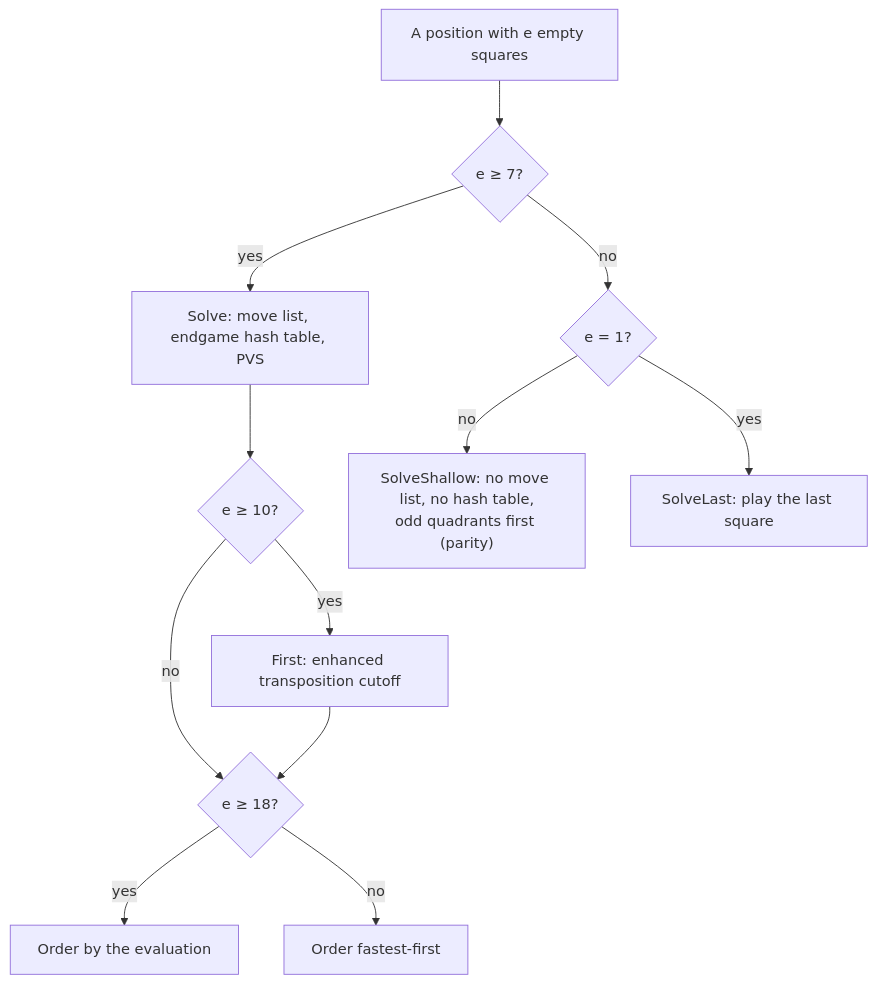
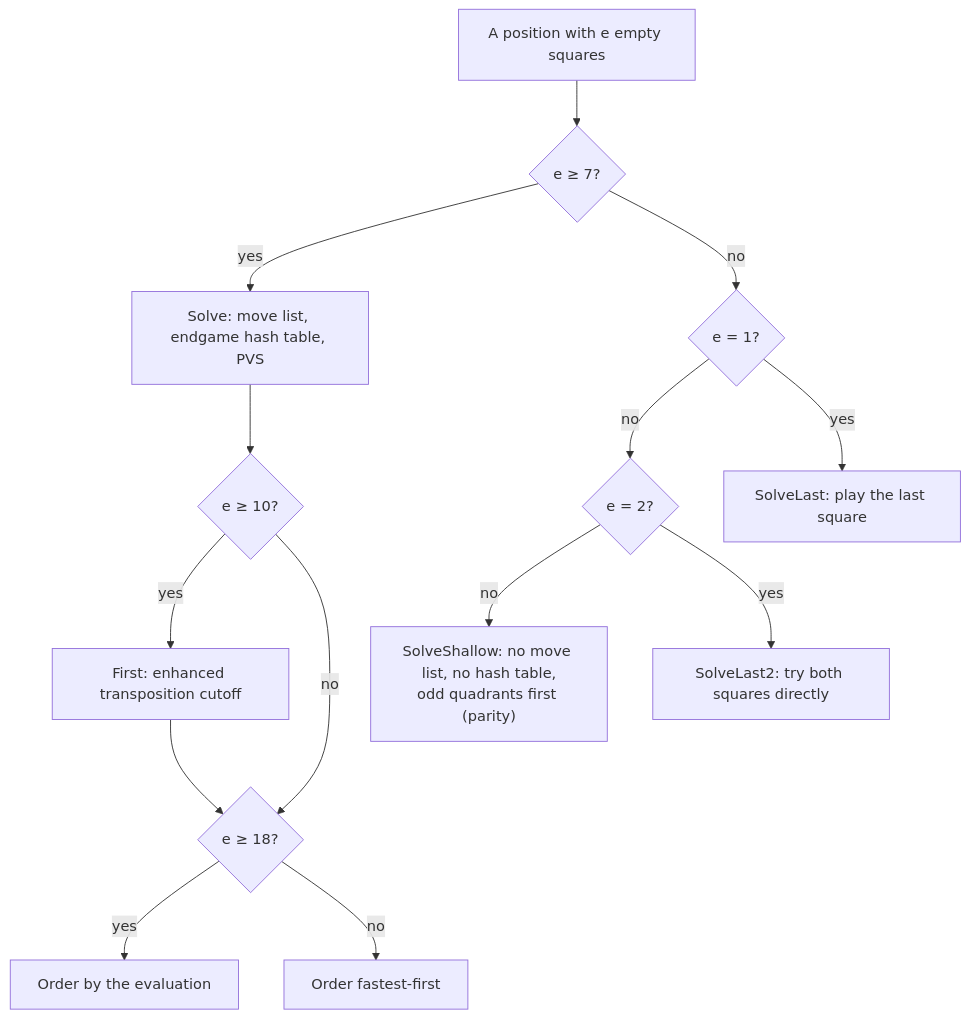
One commit to cjp-dev/Stello changed the second of 2 diagrams in docs/brain/09-endgame-solver.md. Above: the diagram before and after it, drawn with Mermaid. The commit also changed other lines of this file and 9 other files, not shown here.

````diff
--- a/docs/brain/09-endgame-solver.md
+++ b/docs/brain/09-endgame-solver.md
@@ -66,14 +66,16 @@
 ```mermaid
 flowchart TD
     E["A position with e empty squares"] --> Big{"e ≥ 7?"}
     Big -- "yes" --> Solve["Solve: move list, endgame hash table, PVS"]
     Solve --> ETC{"e ≥ 10?"}
     ETC -- "yes" --> Cut["First: enhanced transposition cutoff"]
     ETC -- "no" --> Ord
     Cut --> Ord{"e ≥ 18?"}
     Ord -- "yes" --> Eval["Order by the evaluation"]
     Ord -- "no" --> Fast["Order fastest-first"]
     Big -- "no" --> One{"e = 1?"}
-    One -- "no" --> Shallow["SolveShallow: no move list, no hash table,<br/>odd quadrants first (parity)"]
+    One -- "no" --> Two{"e = 2?"}
+    Two -- "no" --> Shallow["SolveShallow: no move list, no hash table,<br/>odd quadrants first (parity)"]
+    Two -- "yes" --> Last2["SolveLast2: try both squares directly"]
     One -- "yes" --> Last["SolveLast: play the last square"]
 ```
````
